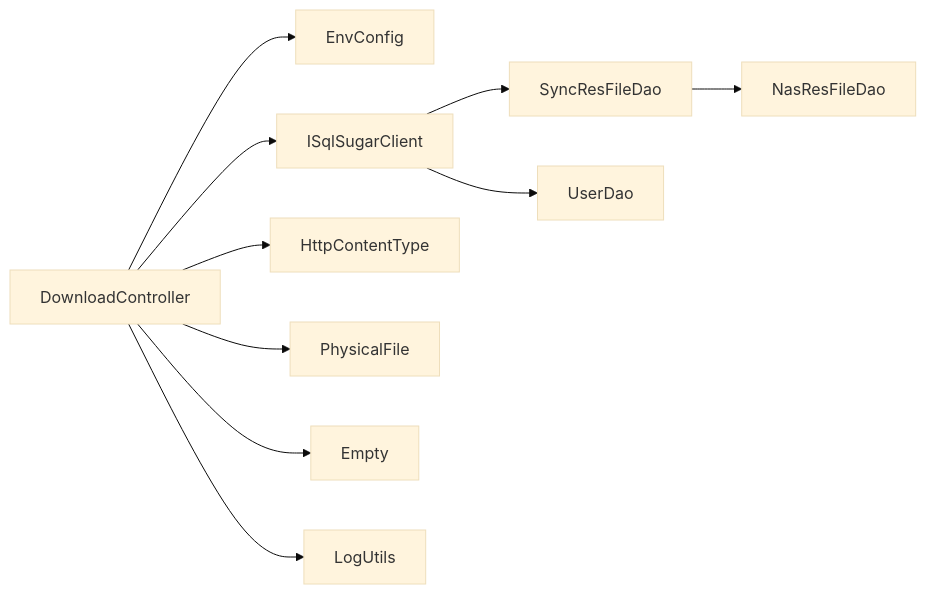
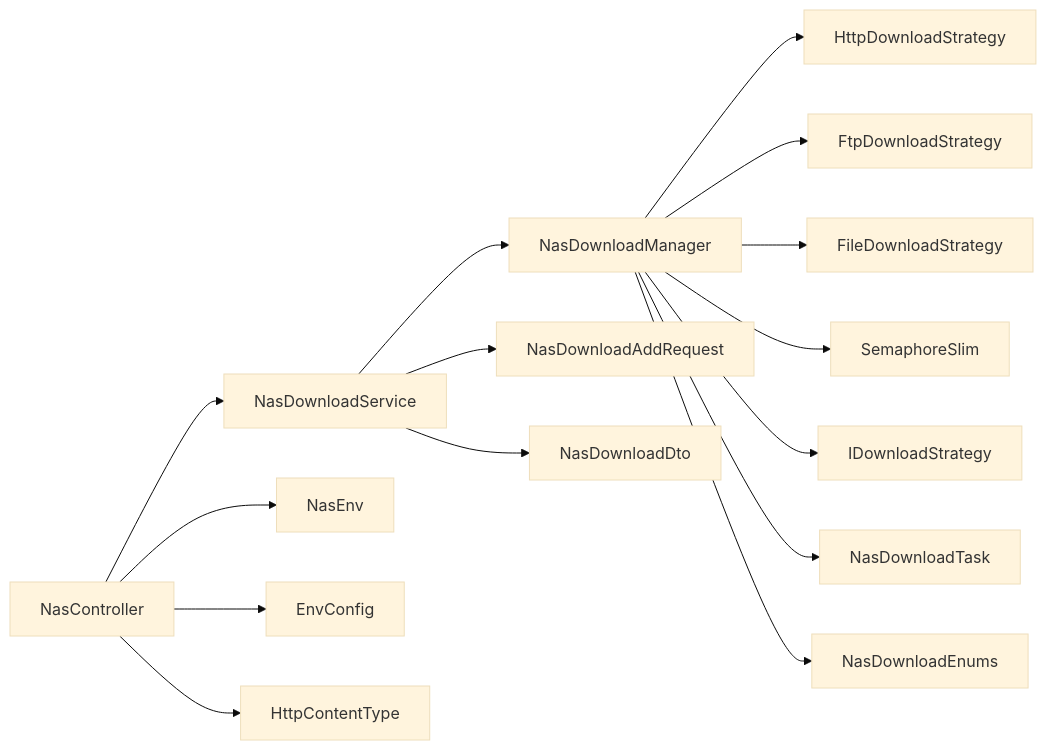
Before and after one commit to leadiot/Scm.Net: the ninth of 9 diagrams in .qoder/repowiki/zh/content/文件管理系统/文件上传下载/文件下载.md, drawn with Mermaid (base theme). The commit also changed other lines of this file and 7 other files, not shown here.

````diff
--- a/.qoder/repowiki/zh/content/文件管理系统/文件上传下载/文件下载.md
+++ b/.qoder/repowiki/zh/content/文件管理系统/文件上传下载/文件下载.md
@@ -310,12 +474,17 @@
 ```mermaid
 graph LR
-DC["DownloadController"] --> ENV["EnvConfig"]
-DC --> SQL["ISqlSugarClient"]
-DC --> HTC["HttpContentType"]
-DC --> PF["PhysicalFile"]
-DC --> EM["Empty"]
-DC --> LG["LogUtils"]
-SQL --> SRFD["SyncResFileDao"]
-SQL --> UDAO["UserDao"]
-SRFD --> NFD["NasResFileDao"]
+NC["NasController"] --> NDS["NasDownloadService"]
+NDS --> NDM["NasDownloadManager"]
+NDM --> HDS["HttpDownloadStrategy"]
+NDM --> FTPS["FtpDownloadStrategy"]
+NDM --> FDS["FileDownloadStrategy"]
+NDM --> SEM["SemaphoreSlim"]
+NDM --> STRAT["IDownloadStrategy"]
+NDS --> NAD["NasDownloadAddRequest"]
+NDS --> NDD["NasDownloadDto"]
+NDM --> NDT["NasDownloadTask"]
+NDM --> NDE["NasDownloadEnums"]
+NC --> NE["NasEnv"]
+NC --> EC["EnvConfig"]
+NC --> HTC["HttpContentType"]
 ```
````
